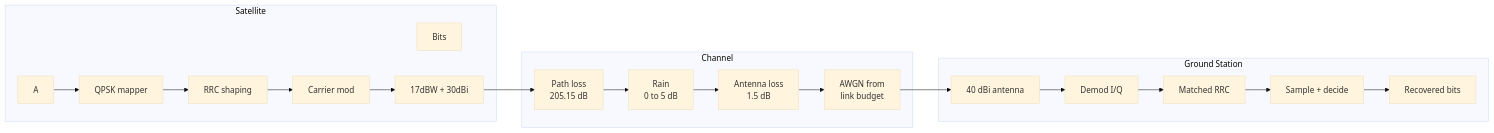
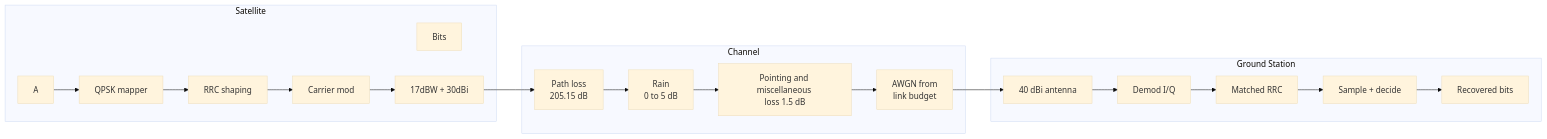
The diagram in README.md (pjiya304-bot/End-to-End-Satellite-downlink-simulation), drawn with Mermaid (base theme) before and after one commit. The commit also changed other lines of this file, not shown here.

````diff
--- a/README.md
+++ b/README.md
@@ -58,28 +47,28 @@
 ```mermaid
 flowchart LR
 subgraph SAT["Satellite"]
 a[Bits]
 B[QPSK mapper]
 C[RRC shaping]
 D[Carrier mod]
 E[17dBW + 30dBi]
 A --> B --> C --> D --> E
 end
 subgraph CH["Channel"]
 F[Path loss<br/>205.15 dB]
 G[Rain<br/>0 to 5 dB]
-H[Antenna loss<br/>1.5 dB]
+H[Pointing and miscellaneous <br/>loss 1.5 dB]
 I[AWGN from<br/>link budget]
 F --> G --> H --> I
 end
 subgraph GS["Ground Station"]
 J[40 dBi antenna]
 K[Demod I/Q]
 L[Matched RRC]
 M[Sample + decide]
 N[Recovered bits]
 J --> K --> L --> M --> N
 end
 E --> F
 I --> J
 ```
````
